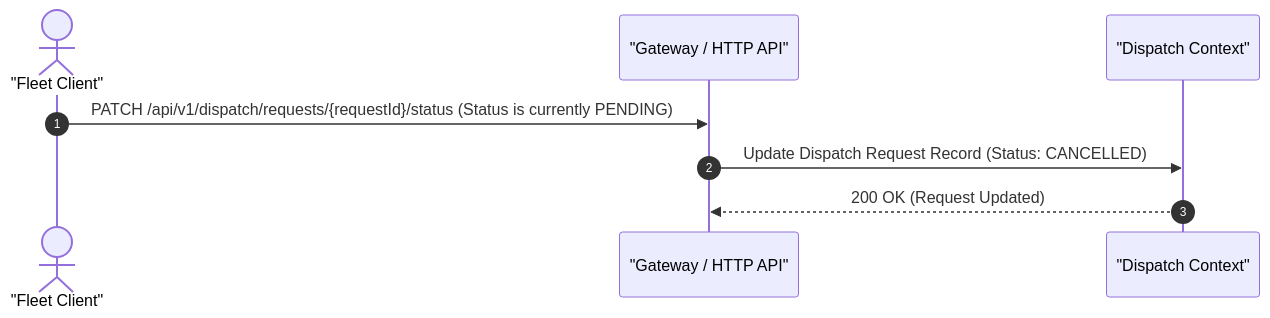
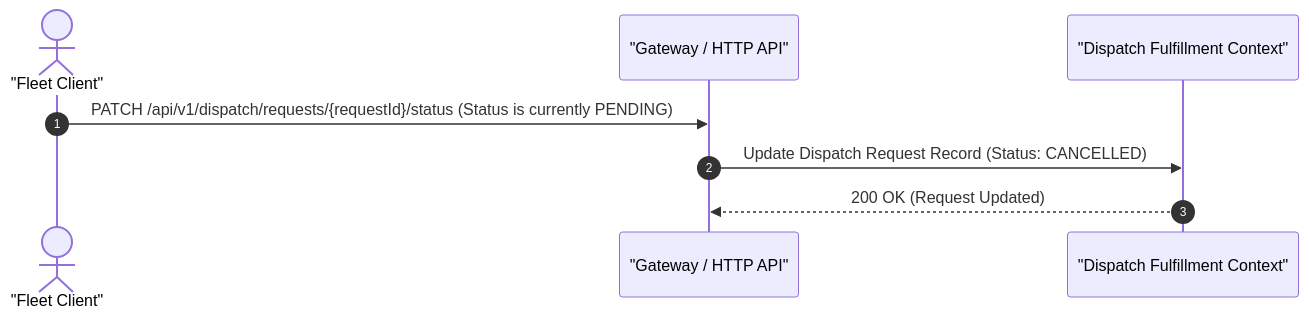
One commit to isocroft/fleet-management-ontology changed the fifth of 6 diagrams in README.md. Above: the diagram before and after it, drawn with Mermaid. The commit also changed other lines of this file, not shown here.

First line of the commit message:
chore(docs): enhanced README with MERMAID files and structure updates

````diff
--- a/README.md
+++ b/README.md
@@ -410,12 +562,12 @@
 ```mermaid
 sequenceDiagram
     autonumber
     actor Customer as "Fleet Client"
     participant API as "Gateway / HTTP API"
-    participant TripMod as "Dispatch Context"
+    participant TripMod as "Dispatch Fulfillment Context"
 
 
     Customer->>API: PATCH /api/v1/dispatch/requests/{requestId}/status (Status is currently PENDING)
     API->>TripMod: Update Dispatch Request Record (Status: CANCELLED)
     TripMod-->>API: 200 OK (Request Updated)
 ```
````
